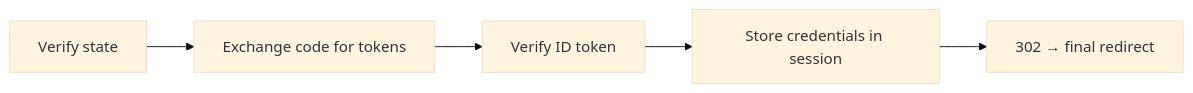
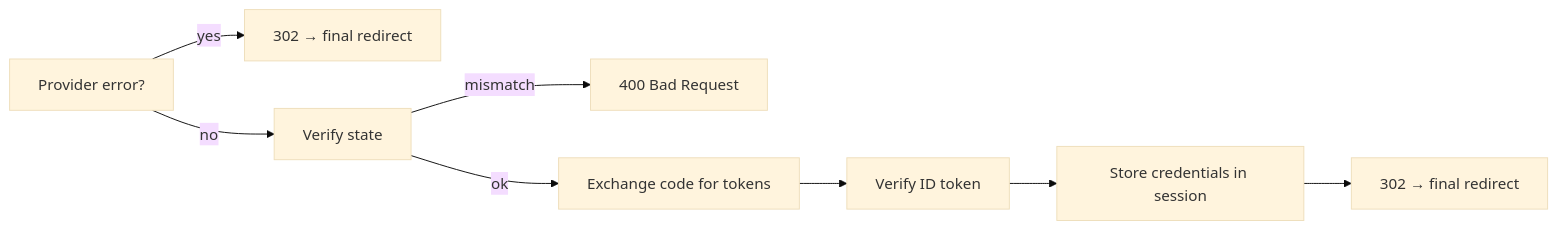
Before and after one commit to masterPiece93/django-gauth: the second of 2 diagrams in docs/api/views.md, drawn with Mermaid (base theme). The commit also changed other lines of this file and 4 other files, not shown here.

````diff
--- a/docs/api/views.md
+++ b/docs/api/views.md
@@ -86,7 +87,10 @@
 ```mermaid
 flowchart LR
-    A[Verify state] --> B[Exchange code for tokens]
-    B --> C[Verify ID token]
-    C --> D[Store credentials in session]
-    D --> E[302 → final redirect]
+    A[Provider error?] -->|yes| Z[302 → final redirect]
+    A -->|no| B[Verify state]
+    B -->|mismatch| X[400 Bad Request]
+    B -->|ok| C[Exchange code for tokens]
+    C --> D[Verify ID token]
+    D --> E[Store credentials in session]
+    E --> F[302 → final redirect]
 ```
````
